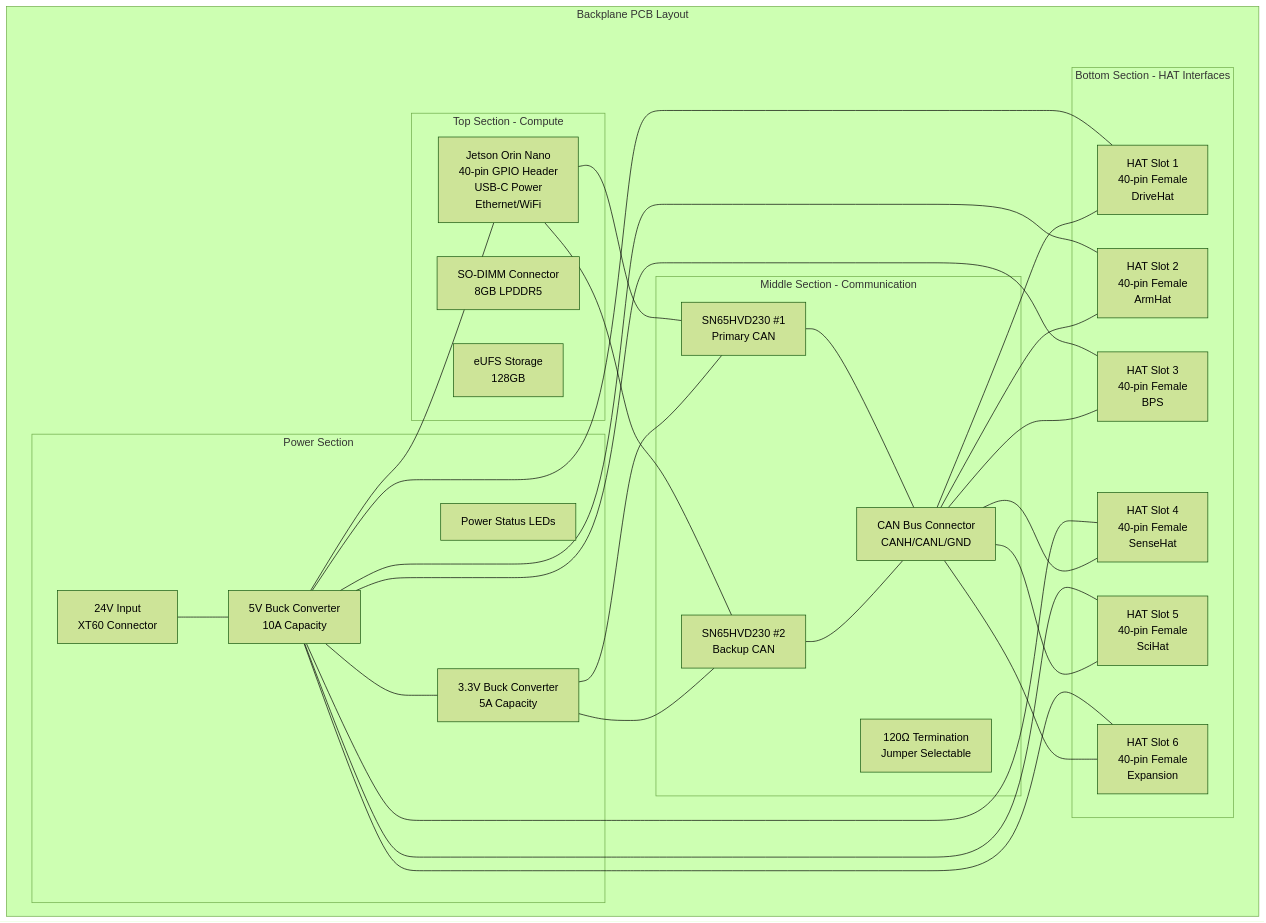
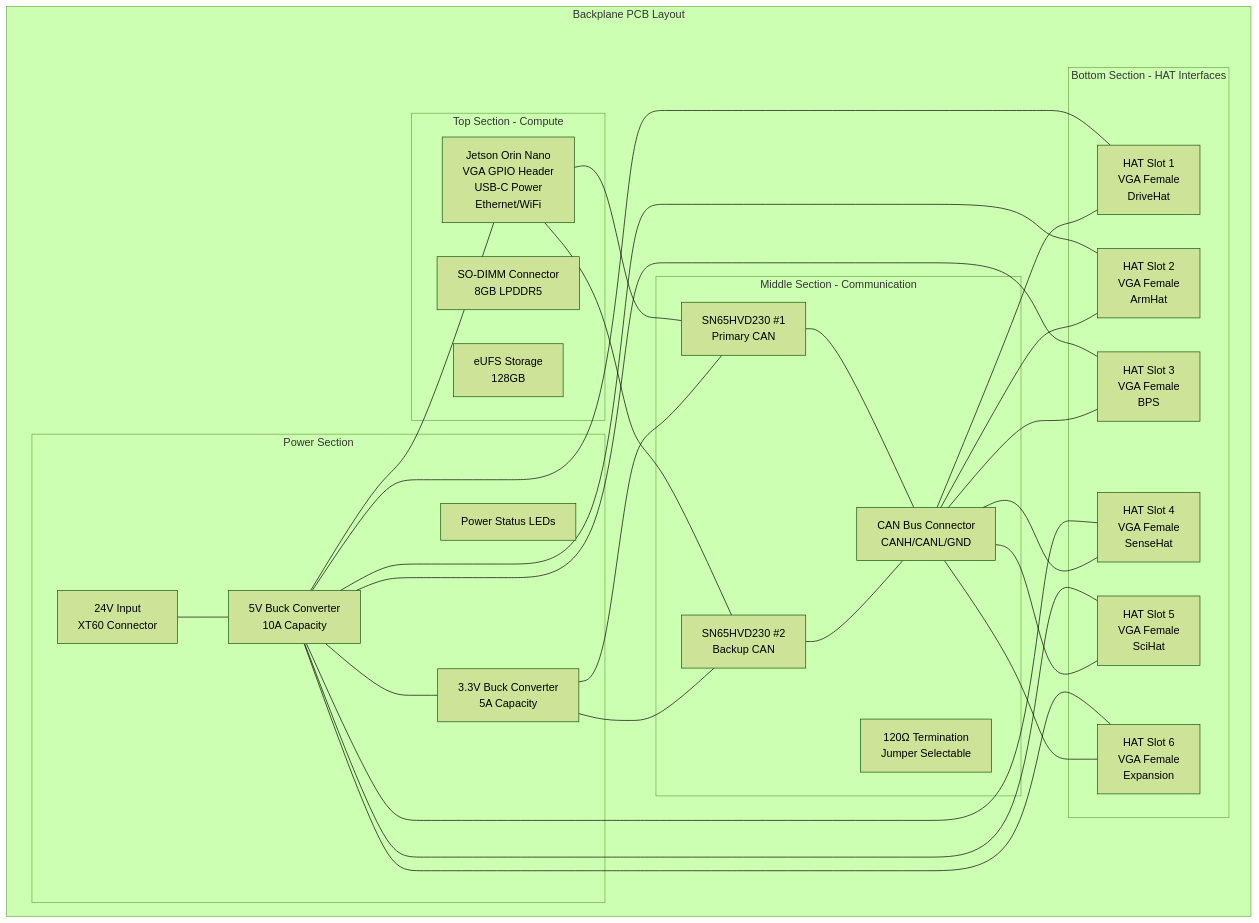
The first of 8 diagrams in architecture.md (AryanRai/SIRI-Elec), drawn with Mermaid (forest theme) before and after one commit. The commit also changed other lines of this file and 7 other files, not shown here.

````diff
--- a/architecture.md
+++ b/architecture.md
@@ -15,58 +15,58 @@
 ```mermaid
 graph TB
     subgraph "Backplane PCB Layout"
         subgraph "Top Section - Compute"
-            Jetson[Jetson Orin Nano<br/>40-pin GPIO Header<br/>USB-C Power<br/>Ethernet/WiFi]
+            Jetson[Jetson Orin Nano<br/>VGA GPIO Header<br/>USB-C Power<br/>Ethernet/WiFi]
             SODIMM[SO-DIMM Connector<br/>8GB LPDDR5]
             eMMC[eUFS Storage<br/>128GB]
         end
         
         subgraph "Middle Section - Communication"
             CAN_IC1[SN65HVD230 #1<br/>Primary CAN]
             CAN_IC2[SN65HVD230 #2<br/>Backup CAN]
             CAN_Conn[CAN Bus Connector<br/>CANH/CANL/GND]
             Term_R[120Ω Termination<br/>Jumper Selectable]
         end
         
         subgraph "Bottom Section - HAT Interfaces"
-            HAT1[HAT Slot 1<br/>40-pin Female<br/>DriveHat]
-            HAT2[HAT Slot 2<br/>40-pin Female<br/>ArmHat]
-            HAT3[HAT Slot 3<br/>40-pin Female<br/>BPS]
-            HAT4[HAT Slot 4<br/>40-pin Female<br/>SenseHat]
-            HAT5[HAT Slot 5<br/>40-pin Female<br/>SciHat]
-            HAT6[HAT Slot 6<br/>40-pin Female<br/>Expansion]
+            HAT1[HAT Slot 1<br/>VGA Female<br/>DriveHat]
+            HAT2[HAT Slot 2<br/>VGA Female<br/>ArmHat]
+            HAT3[HAT Slot 3<br/>VGA Female<br/>BPS]
+            HAT4[HAT Slot 4<br/>VGA Female<br/>SenseHat]
+            HAT5[HAT Slot 5<br/>VGA Female<br/>SciHat]
+            HAT6[HAT Slot 6<br/>VGA Female<br/>Expansion]
         end
         
         subgraph "Power Section"
             PowerIn[24V Input<br/>XT60 Connector]
             Buck1[5V Buck Converter<br/>10A Capacity]
             Buck2[3.3V Buck Converter<br/>5A Capacity]
             PowerLED[Power Status LEDs]
         end
     end
     
     Jetson --- CAN_IC1
     Jetson --- CAN_IC2
     CAN_IC1 --- CAN_Conn
     CAN_IC2 --- CAN_Conn
     
     PowerIn --- Buck1
     Buck1 --- Buck2
     Buck1 --- Jetson
     Buck1 --- HAT1
     Buck1 --- HAT2
     Buck1 --- HAT3
     Buck1 --- HAT4
     Buck1 --- HAT5
     Buck1 --- HAT6
     
     Buck2 --- CAN_IC1
     Buck2 --- CAN_IC2
     
     CAN_Conn --- HAT1
     CAN_Conn --- HAT2
     CAN_Conn --- HAT3
     CAN_Conn --- HAT4
     CAN_Conn --- HAT5
     CAN_Conn --- HAT6
 ```
````
